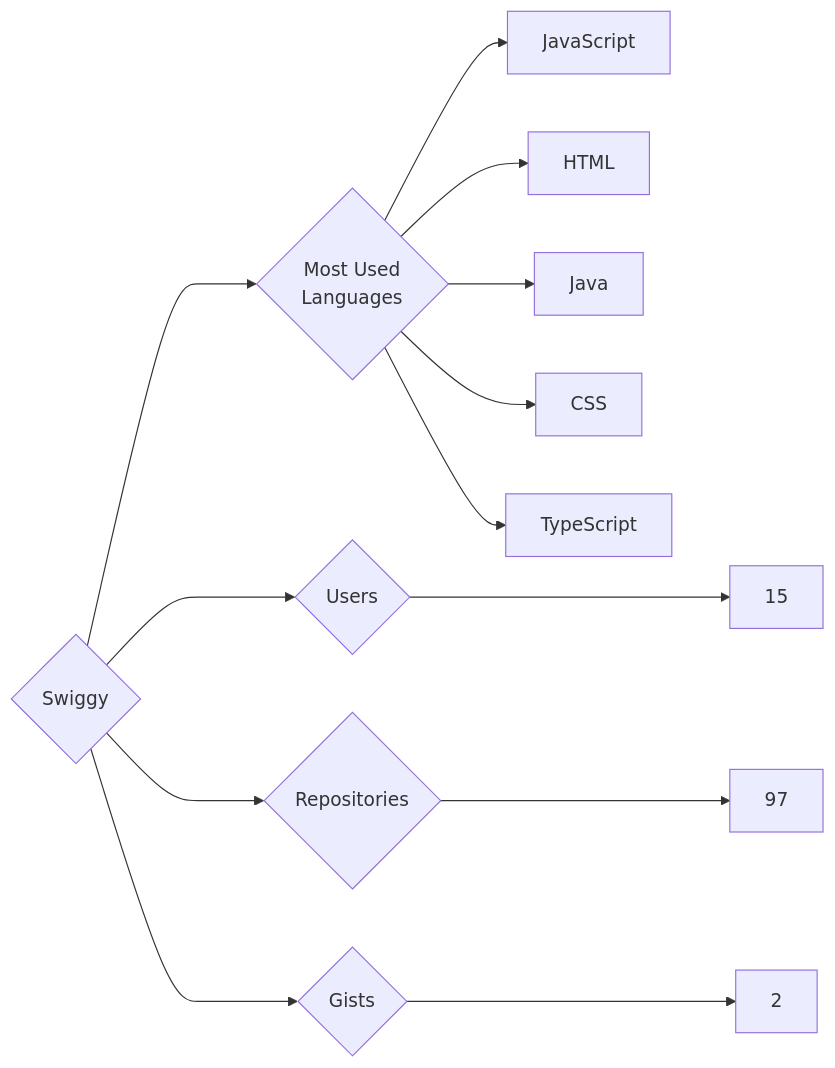
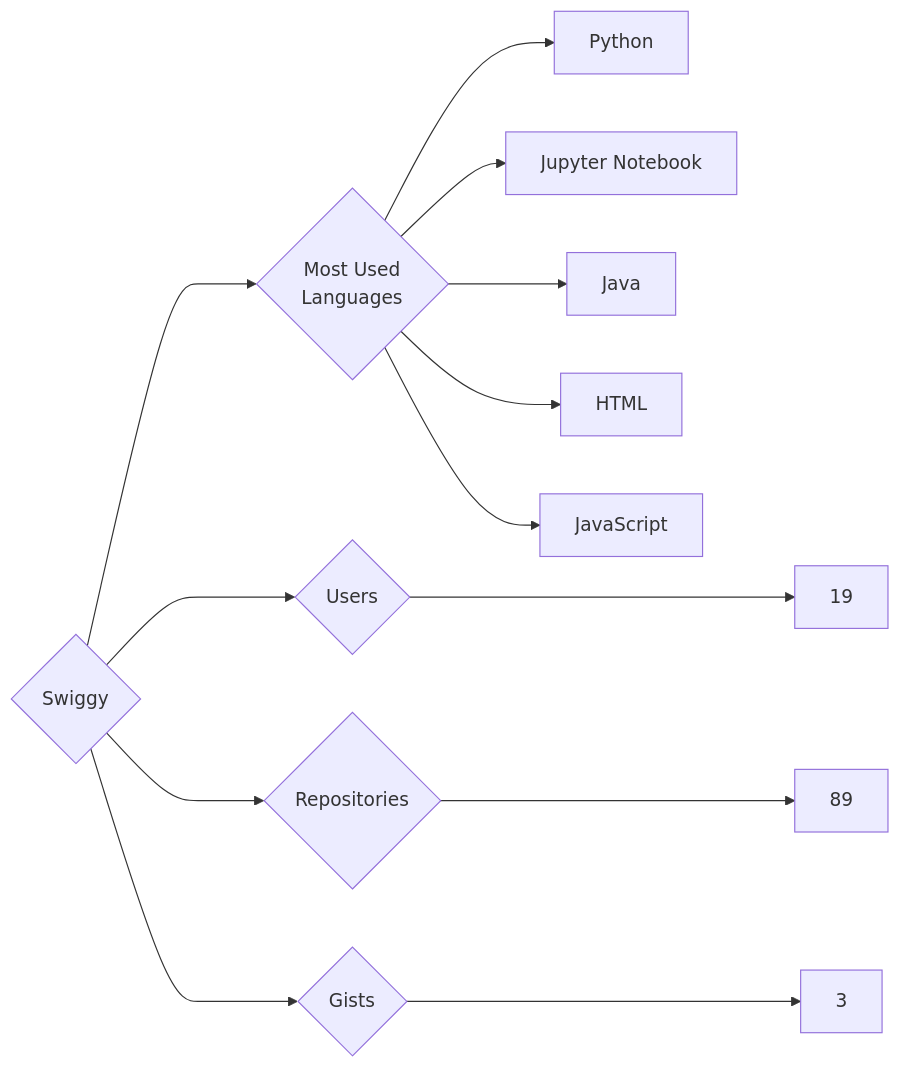
The diagram in targets/Swiggy/README.md (trickest/insiders), drawn with Mermaid before and after one commit. The commit also changed 973 other files, not shown here.

````diff
--- a/targets/Swiggy/README.md
+++ b/targets/Swiggy/README.md
@@ -3,13 +3,13 @@
 ```mermaid
 graph LR
 COMPANY_NAME{Swiggy}
-COMPANY_NAME ---> U{Users} ---> UN[15]
-COMPANY_NAME ---> R{Repositories} ---> RN[97]
-COMPANY_NAME ---> G{Gists} ---> GN[2]
+COMPANY_NAME ---> U{Users} ---> UN[19]
+COMPANY_NAME ---> R{Repositories} ---> RN[89]
+COMPANY_NAME ---> G{Gists} ---> GN[3]
 COMPANY_NAME ---> ML{Most Used<br>Languages}
+ML --> Python[Python]
+ML --> Jupyter_Notebook[Jupyter Notebook]
+ML --> Java[Java]
+ML --> HTML[HTML]
 ML --> JavaScript[JavaScript]
-ML --> HTML[HTML]
-ML --> Java[Java]
-ML --> CSS[CSS]
-ML --> TypeScript[TypeScript]
 ```
````
